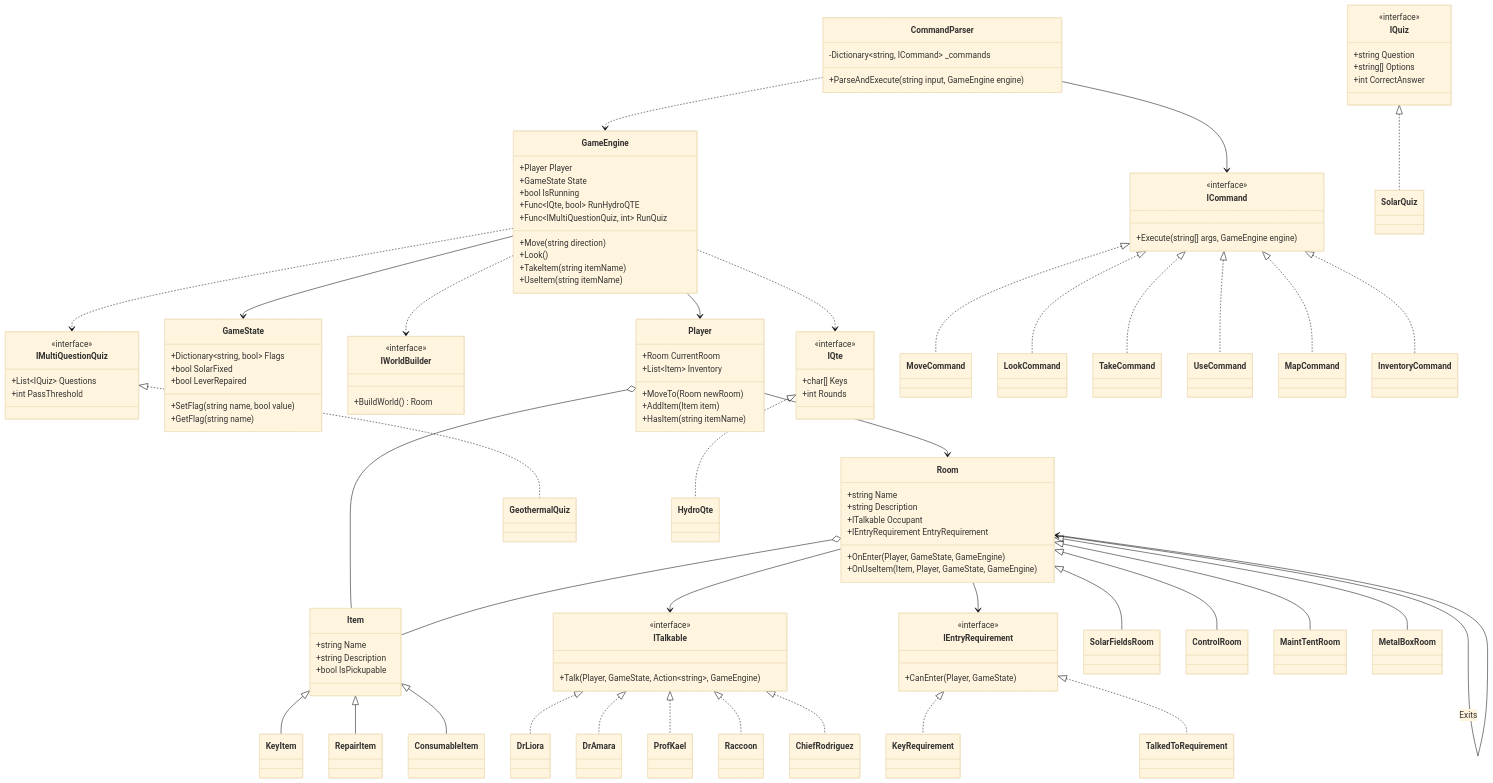
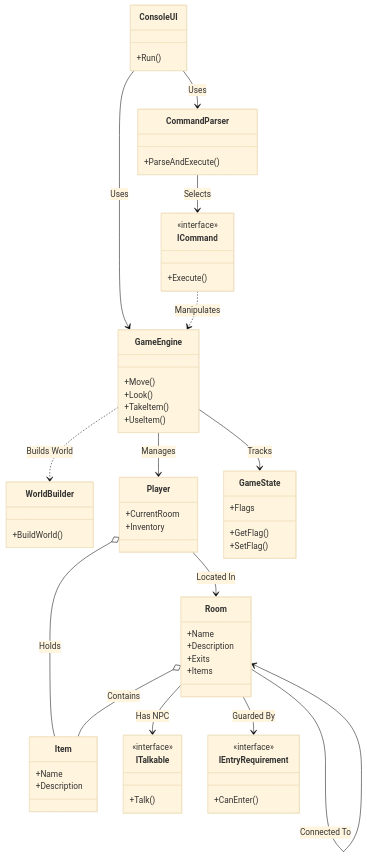
One commit to vladgarbuz/SemesterProjRefactor changed the second of 2 diagrams in README.md. Above: the diagram before and after it, drawn with Mermaid (base theme). The commit also changed other lines of this file, not shown here.

Commit message:
Simplify and update class and state diagrams in README
Refactored the Mermaid class diagram for clarity, grouping classes by layer and removing excessive detail. Also removed the state diagram for quest flow to streamline documentation and focus on core architecture.

````diff
--- a/README.md
+++ b/README.md
@@ -518,139 +518,83 @@
 ```mermaid
 classDiagram
-    %% Core Domain
+    direction TB
+
+    %% --- Presentation Layer ---
+    class ConsoleUI {
+        +Run()
+    }
+
+    %% --- Domain Layer ---
     class GameEngine {
-        +Player Player
-        +GameState State
-        +bool IsRunning
-        +Move(string direction)
+        +Move()
         +Look()
-        +TakeItem(string itemName)
-        +UseItem(string itemName)
-        +Func~IQte, bool~ RunHydroQTE
-        +Func~IMultiQuestionQuiz, int~ RunQuiz
+        +TakeItem()
+        +UseItem()
     }
 
     class CommandParser {
-        -Dictionary~string, ICommand~ _commands
-        +ParseAndExecute(string input, GameEngine engine)
+        +ParseAndExecute()
     }
 
+    class ICommand {
+        <<interface>>
+        +Execute()
+    }
+
+    class WorldBuilder {
+        +BuildWorld()
+    }
+
+    %% --- Data & State Layer ---
     class Player {
-        +Room CurrentRoom
-        +List~Item~ Inventory
-        +MoveTo(Room newRoom)
-        +AddItem(Item item)
-        +HasItem(string itemName)
+        +CurrentRoom
+        +Inventory
     }
 
     class GameState {
-        +Dictionary~string, bool~ Flags
-        +bool SolarFixed
-        +bool LeverRepaired
-        +SetFlag(string name, bool value)
-        +GetFlag(string name)
+        +Flags
+        +GetFlag()
+        +SetFlag()
     }
 
     class Room {
-        +string Name
-        +string Description
-        +ITalkable Occupant
-        +IEntryRequirement EntryRequirement
-        +OnEnter(Player, GameState, GameEngine)
-        +OnUseItem(Item, Player, GameState, GameEngine)
+        +Name
+        +Description
+        +Exits
+        +Items
     }
 
     class Item {
-        +string Name
-        +string Description
-        +bool IsPickupable
-    }
-
-    %% Interfaces
-    class ICommand {
-        <<interface>>
-        +Execute(string[] args, GameEngine engine)
+        +Name
+        +Description
     }
 
     class ITalkable {
         <<interface>>
-        +Talk(Player, GameState, Action~string~, GameEngine)
+        +Talk()
     }
 
     class IEntryRequirement {
         <<interface>>
-        +CanEnter(Player, GameState)
+        +CanEnter()
     }
 
-    class IWorldBuilder {
-        <<interface>>
-        +BuildWorld() Room
-    }
+    %% --- Relationships ---
+    ConsoleUI --> GameEngine : Uses
+    ConsoleUI --> CommandParser : Uses
+    
+    CommandParser --> ICommand : Selects
+    ICommand ..> GameEngine : Manipulates
 
-    class IQuiz {
-        <<interface>>
-        +string Question
-        +string[] Options
-        +int CorrectAnswer
-    }
+    GameEngine ..> WorldBuilder : Builds World
+    GameEngine --> Player : Manages
+    GameEngine --> GameState : Tracks
 
-    class IMultiQuestionQuiz {
-        <<interface>>
-        +List~IQuiz~ Questions
-        +int PassThreshold
-    }
+    Player --> Room : Located In
+    Player o-- Item : Holds
 
-    class IQte {
-        <<interface>>
-        +char[] Keys
-        +int Rounds
-    }
-
-    %% Relationships
-    CommandParser --> ICommand
-    CommandParser ..> GameEngine
-
-    GameEngine --> Player
-    GameEngine --> GameState
-    GameEngine ..> IWorldBuilder
-    GameEngine ..> IQte
-    GameEngine ..> IMultiQuestionQuiz
-
-    Player --> Room
-    Player o-- Item
-
-    Room o-- Item
-    Room --> ITalkable
-    Room --> IEntryRequirement
-    Room --> Room : Exits
-
-    %% Implementations
-    ICommand <|.. MoveCommand
-    ICommand <|.. LookCommand
-    ICommand <|.. TakeCommand
-    ICommand <|.. UseCommand
-    ICommand <|.. MapCommand
-    ICommand <|.. InventoryCommand
-    
-    ITalkable <|.. DrLiora
-    ITalkable <|.. DrAmara
-    ITalkable <|.. ProfKael
-    ITalkable <|.. Raccoon
-    ITalkable <|.. ChiefRodriguez
-    
-    IEntryRequirement <|.. KeyRequirement
-    IEntryRequirement <|.. TalkedToRequirement
-    
-    Item <|-- KeyItem
-    Item <|-- RepairItem
-    Item <|-- ConsumableItem
-    
-    Room <|-- SolarFieldsRoom
-    Room <|-- ControlRoom
-    Room <|-- MaintTentRoom
-    Room <|-- MetalBoxRoom
-
-    IQuiz <|.. SolarQuiz
-    IMultiQuestionQuiz <|.. GeothermalQuiz
-    IQte <|.. HydroQte
+    Room o-- Item : Contains
+    Room --> Room : Connected To
+    Room --> ITalkable : Has NPC
+    Room --> IEntryRequirement : Guarded By
 ```
````
